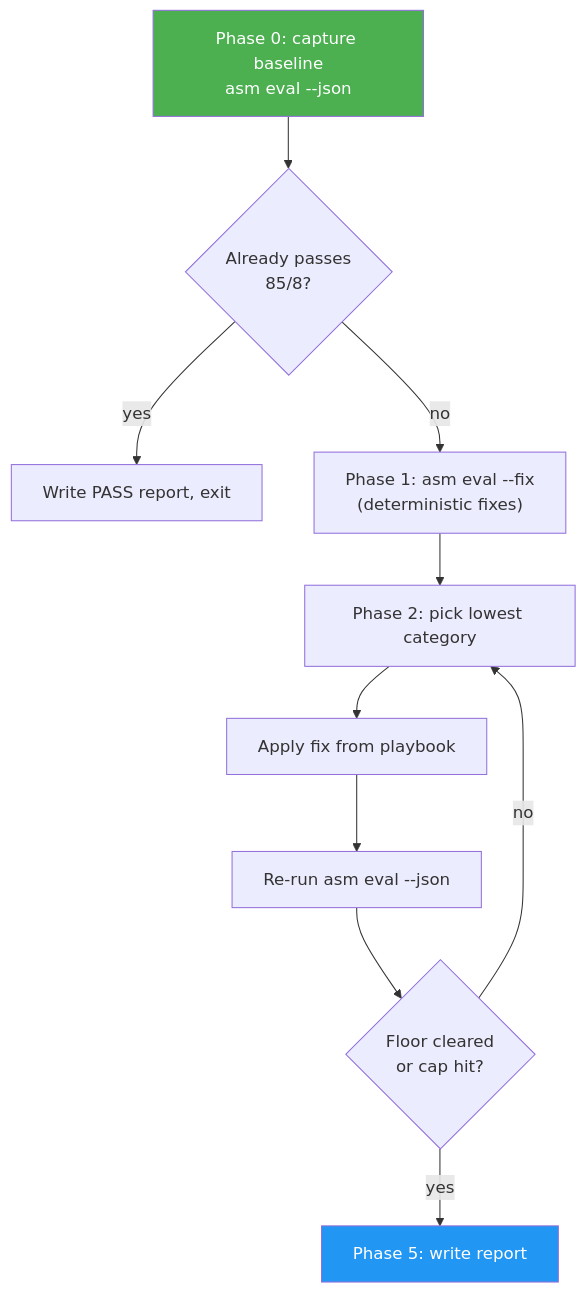
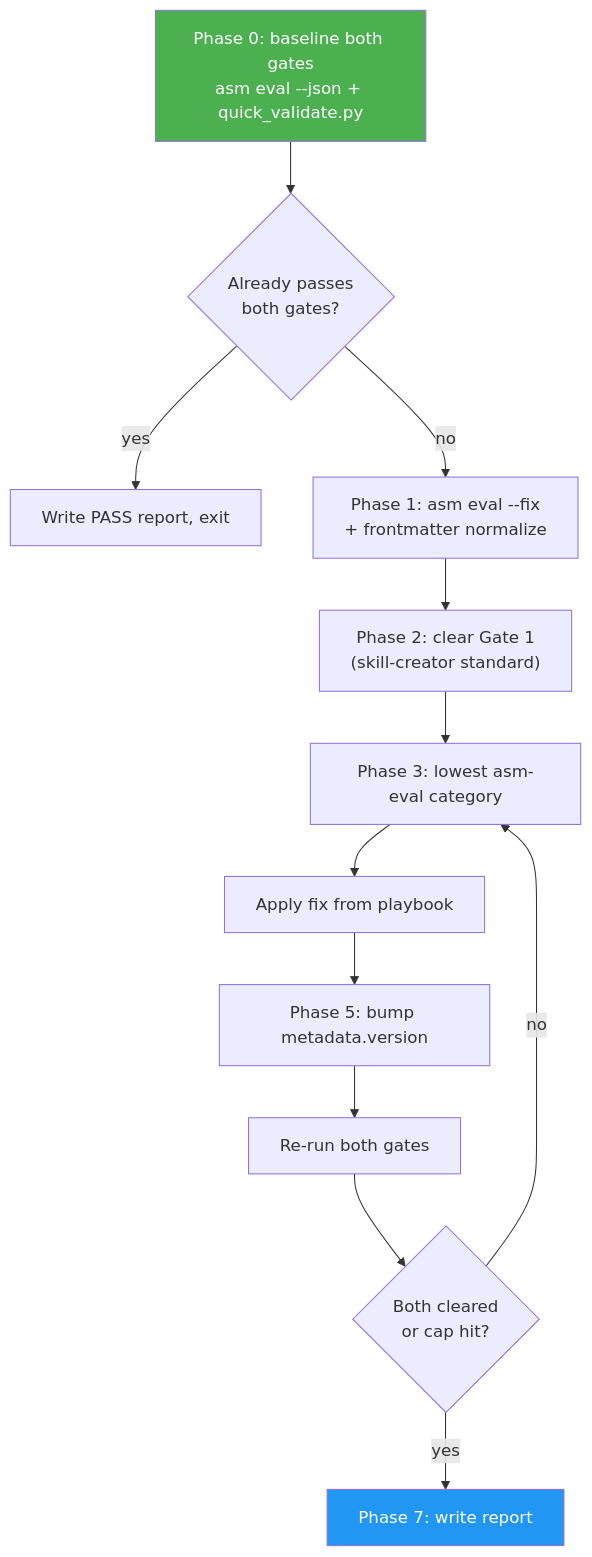
Before and after one commit to luongnv89/skill-manager: the diagram in skills/skill-auto-improver/docs/README.md, drawn with Mermaid. The commit also changed other lines of this file and 6 other files, not shown here.

First line of the commit message:
feat(skill-auto-improver): adapt skill and workflow to skill-creator standard (#253) (#254)

````diff
--- a/skills/skill-auto-improver/docs/README.md
+++ b/skills/skill-auto-improver/docs/README.md
@@ -40,14 +43,16 @@
 ```mermaid
 graph TD
-    A["Phase 0: capture baseline<br/>asm eval --json"] --> B{"Already passes<br/>85/8?"}
+    A["Phase 0: baseline both gates<br/>asm eval --json + quick_validate.py"] --> B{"Already passes<br/>both gates?"}
     B -- yes --> R["Write PASS report, exit"]
-    B -- no --> C["Phase 1: asm eval --fix<br/>(deterministic fixes)"]
-    C --> D["Phase 2: pick lowest category"]
-    D --> E["Apply fix from playbook"]
-    E --> F["Re-run asm eval --json"]
-    F --> G{"Floor cleared<br/>or cap hit?"}
-    G -- no --> D
-    G -- yes --> H["Phase 5: write report"]
+    B -- no --> C["Phase 1: asm eval --fix<br/>+ frontmatter normalize"]
+    C --> D["Phase 2: clear Gate 1<br/>(skill-creator standard)"]
+    D --> E["Phase 3: lowest asm-eval category"]
+    E --> F["Apply fix from playbook"]
+    F --> G["Phase 5: bump metadata.version"]
+    G --> H["Re-run both gates"]
+    H --> I{"Both cleared<br/>or cap hit?"}
+    I -- no --> E
+    I -- yes --> J["Phase 7: write report"]
     style A fill:#4CAF50,color:#fff
-    style H fill:#2196F3,color:#fff
+    style J fill:#2196F3,color:#fff
 ```
````
